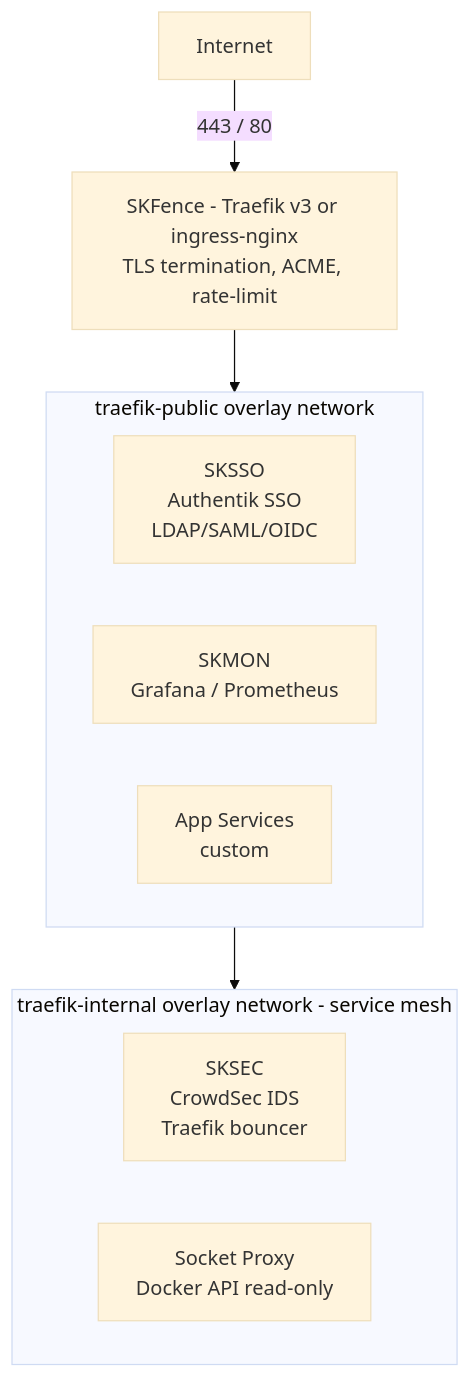
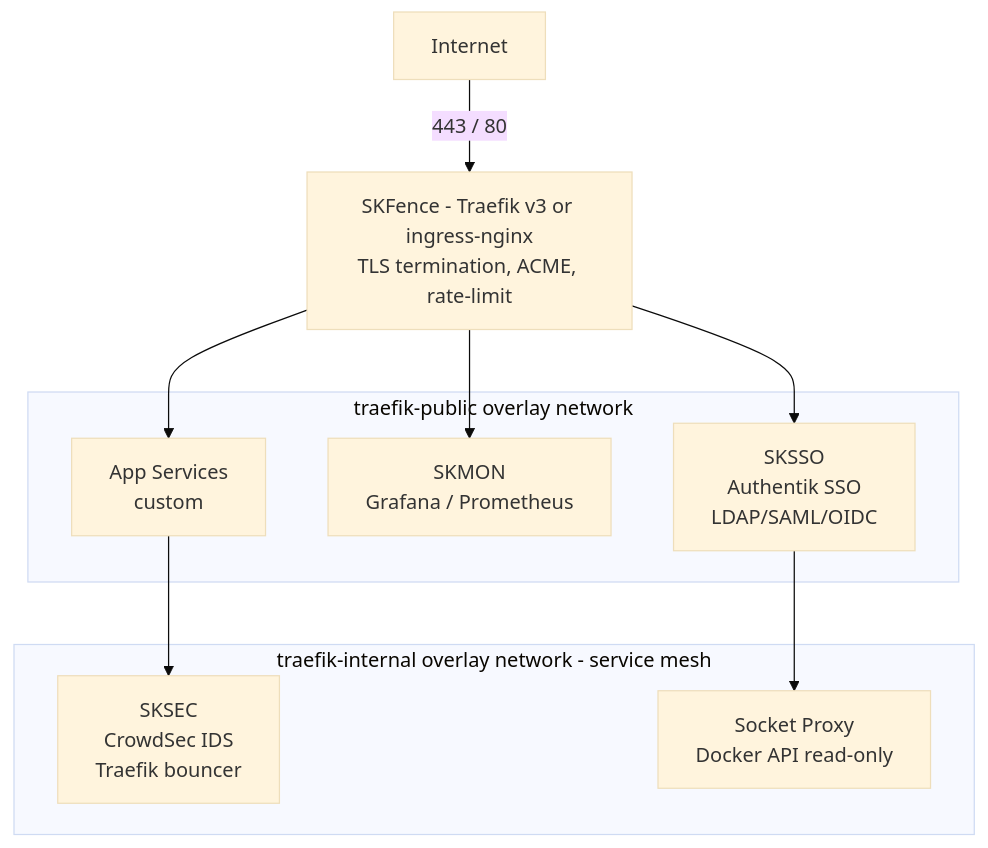
The sixth of 7 diagrams in v2/ARCHITECTURE.md (smilinTux/skstacks), drawn with Mermaid (base theme) before and after one commit. The commit also changed other lines of this file, not shown here.

First line of the commit message:
fix(docs): fix three broken flowcharts in ARCHITECTURE.md

````diff
--- a/v2/ARCHITECTURE.md
+++ b/v2/ARCHITECTURE.md
@@ -265,21 +267,23 @@
 ```mermaid
 flowchart TD
     INT["Internet"]
     SF["SKFence - Traefik v3 or ingress-nginx\nTLS termination, ACME, rate-limit"]
-    INT -->|443 / 80| SF
 
     subgraph PUB["traefik-public overlay network"]
         SSO["SKSSO\nAuthentik SSO\nLDAP/SAML/OIDC"]
         MON["SKMON\nGrafana / Prometheus"]
         APPS["App Services\ncustom"]
     end
 
-    SF --> PUB
-
     subgraph EDGE["traefik-internal overlay network - service mesh"]
         SKSEC["SKSEC\nCrowdSec IDS\nTraefik bouncer"]
         SOCK["Socket Proxy\nDocker API read-only"]
     end
 
-    PUB --> EDGE
+    INT -->|443 / 80| SF
+    SF --> SSO
+    SF --> MON
+    SF --> APPS
+    APPS --> SKSEC
+    SSO --> SOCK
 ```
````
